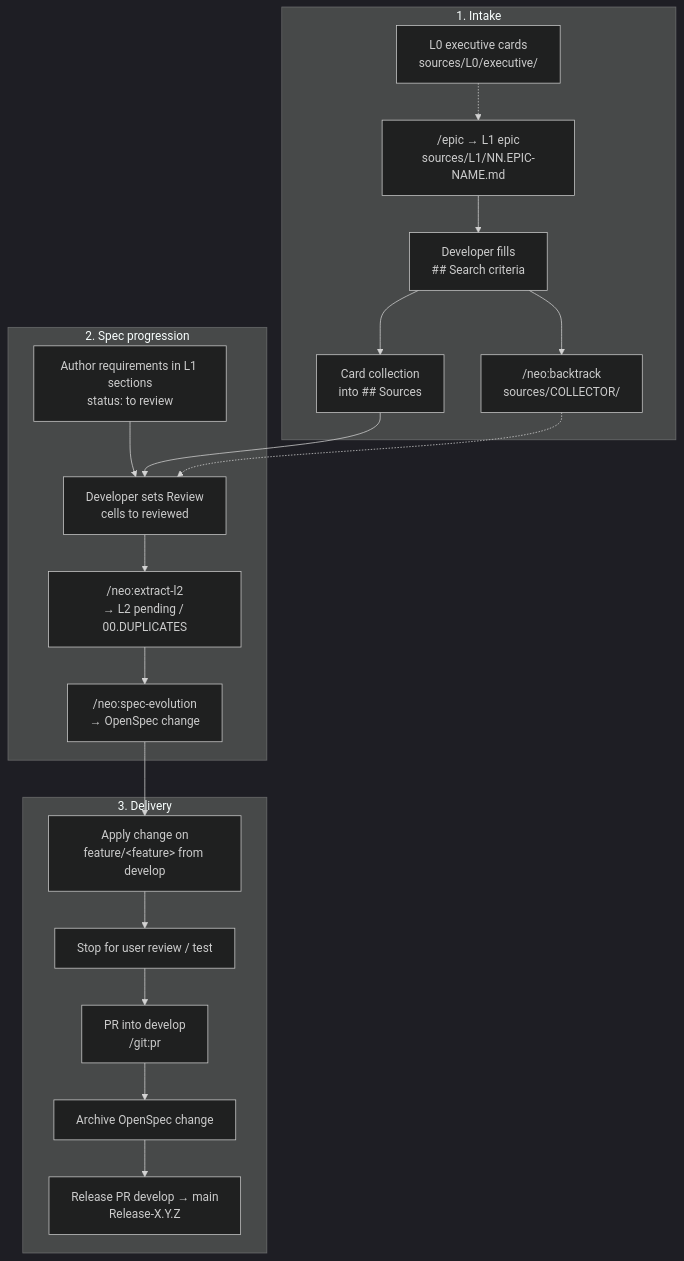
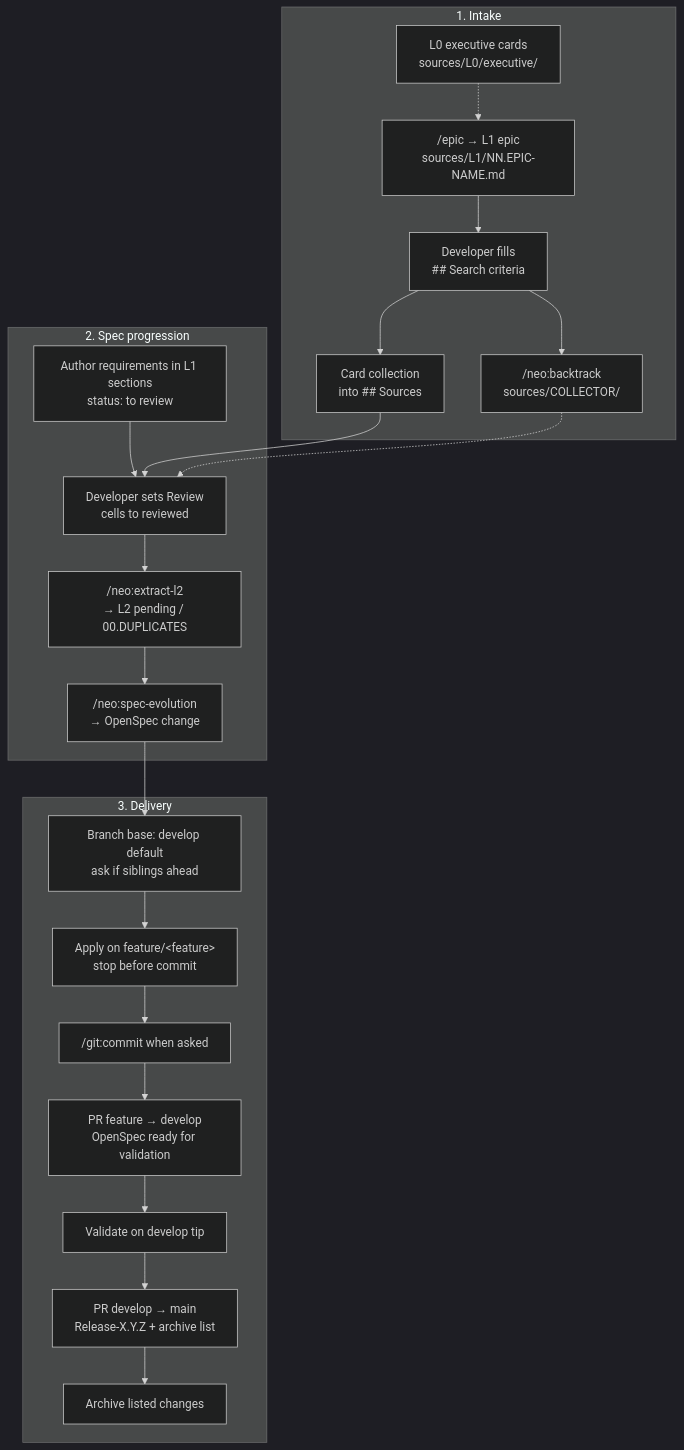
The first of 10 diagrams in .dsh/METHODOLOGY.md (AdamAntinoo/neocom-meta), drawn with Mermaid (dark theme) before and after one commit. The commit also changed other lines of this file and 14 other files, not shown here.

First line of the commit message:
feat(meta): align delivery harness and reset async OpenSpec for reapply

````diff
--- a/.dsh/METHODOLOGY.md
+++ b/.dsh/METHODOLOGY.md
@@ -22,35 +22,37 @@
 ```mermaid
 flowchart TB
   subgraph intake["1. Intake"]
     L0["L0 executive cards<br/>sources/L0/executive/"]
     epic["/epic → L1 epic<br/>sources/L1/NN.EPIC-NAME.md"]
     criteria["Developer fills<br/>## Search criteria"]
     cards["Card collection<br/>into ## Sources"]
     backtrack["/neo:backtrack<br/>sources/COLLECTOR/"]
     L0 -.-> epic
     epic --> criteria
     criteria --> cards
     criteria --> backtrack
   end
 
   subgraph progression["2. Spec progression"]
     author["Author requirements in L1 sections<br/>status: to review"]
     review["Developer sets Review<br/>cells to reviewed"]
     extract["/neo:extract-l2<br/>→ L2 pending / 00.DUPLICATES"]
     evolve["/neo:spec-evolution<br/>→ OpenSpec change"]
     author --> review --> extract --> evolve
   end
 
   subgraph delivery["3. Delivery"]
-    apply["Apply change on<br/>feature/&lt;feature&gt; from develop"]
-    stop["Stop for user review / test"]
-    prDev["PR into develop<br/>/git:pr"]
-    archive["Archive OpenSpec change"]
-    prMain["Release PR develop → main<br/>Release-X.Y.Z"]
-    apply --> stop --> prDev --> archive --> prMain
+    base["Branch base: develop default<br/>ask if siblings ahead"]
+    apply["Apply on feature/&lt;feature&gt;<br/>stop before commit"]
+    commit["/git:commit when asked"]
+    prDev["PR feature → develop<br/>OpenSpec ready for validation"]
+    val["Validate on develop tip"]
+    prMain["PR develop → main<br/>Release-X.Y.Z + archive list"]
+    archive["Archive listed changes"]
+    base --> apply --> commit --> prDev --> val --> prMain --> archive
   end
 
   cards --> review
   backtrack -.-> review
-  evolve --> apply
+  evolve --> base
 ```
````
